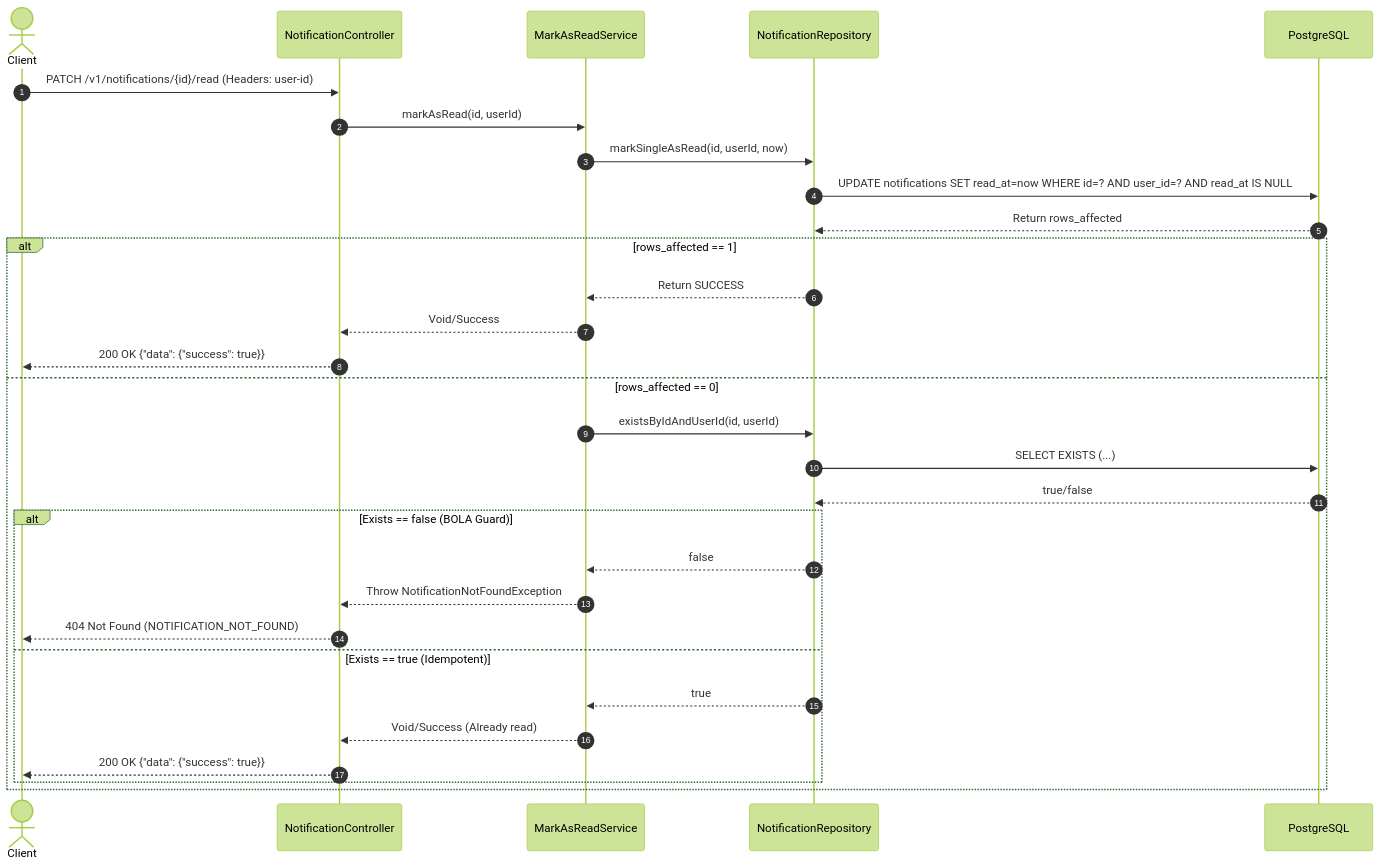
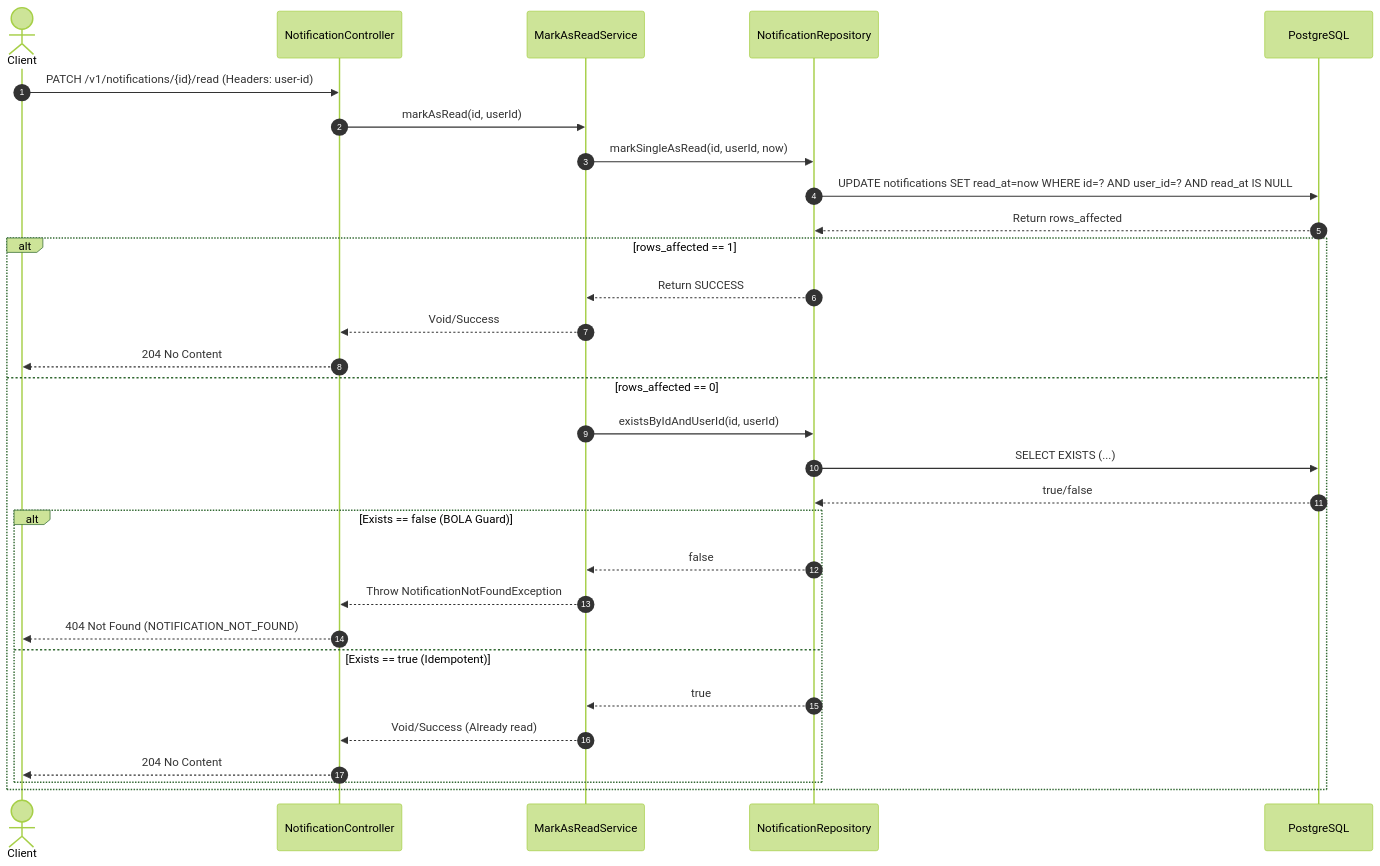
Before and after one commit to tianshi04/rent-a-girlfriend: the second of 2 diagrams in services/notification-service/docs/todo/done/phase-4/PRD.md, drawn with Mermaid (forest theme). The commit also changed other lines of this file and 3 other files, not shown here.

````diff
--- a/services/notification-service/docs/todo/done/phase-4/PRD.md
+++ b/services/notification-service/docs/todo/done/phase-4/PRD.md
@@ -200,34 +203,34 @@
 ```mermaid
 sequenceDiagram
     autonumber
     actor Client
     participant Controller as NotificationController
     participant Service as MarkAsReadService
     participant Repo as NotificationRepository
     participant DB as PostgreSQL
 
     Client->>Controller: PATCH /v1/notifications/{id}/read (Headers: user-id)
     Controller->>Service: markAsRead(id, userId)
     Service->>Repo: markSingleAsRead(id, userId, now)
     Repo->>DB: UPDATE notifications SET read_at=now WHERE id=? AND user_id=? AND read_at IS NULL
     DB-->>Repo: Return rows_affected
     
     alt rows_affected == 1
         Repo-->>Service: Return SUCCESS
         Service-->>Controller: Void/Success
-        Controller-->>Client: 200 OK {"data": {"success": true}}
+        Controller-->>Client: 204 No Content
     else rows_affected == 0
         Service->>Repo: existsByIdAndUserId(id, userId)
         Repo->>DB: SELECT EXISTS (...)
         DB-->>Repo: true/false
         alt Exists == false (BOLA Guard)
             Repo-->>Service: false
             Service-->>Controller: Throw NotificationNotFoundException
             Controller-->>Client: 404 Not Found (NOTIFICATION_NOT_FOUND)
         else Exists == true (Idempotent)
             Repo-->>Service: true
             Service-->>Controller: Void/Success (Already read)
-            Controller-->>Client: 200 OK {"data": {"success": true}}
+            Controller-->>Client: 204 No Content
         end
     end
 ```
````
